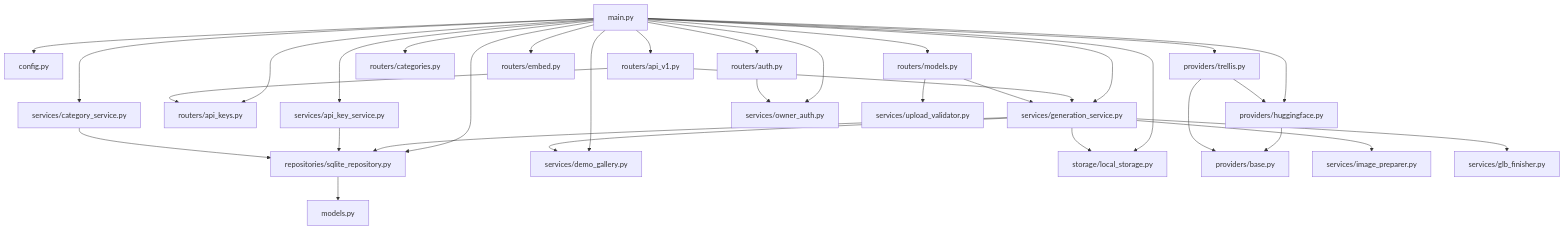
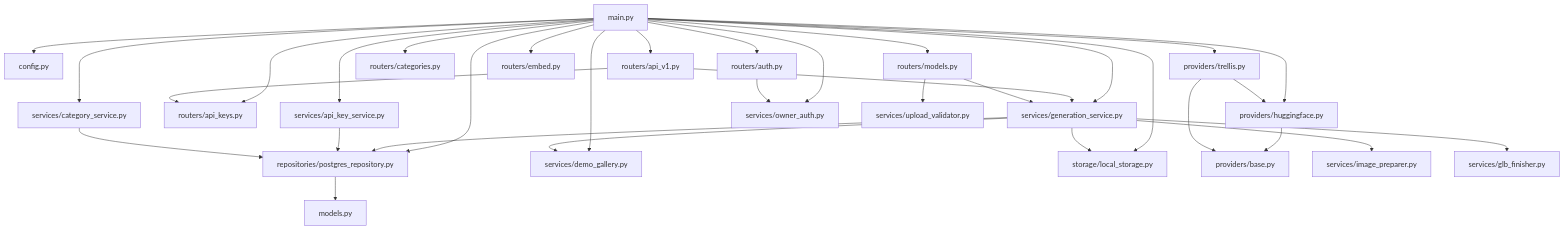
Before and after one commit to Yas-sin-e/forma3d-kit: the fifth of 22 diagrams in docs/COMPRENDRE-FORMA3D.md, drawn with Mermaid. The commit also changed other lines of this file, not shown here.

````diff
--- a/docs/COMPRENDRE-FORMA3D.md
+++ b/docs/COMPRENDRE-FORMA3D.md
@@ -484,35 +488,35 @@
 ```mermaid
 flowchart TD
     main["main.py"] --> config["config.py"]
     main --> hf["providers/huggingface.py"]
     main --> tr["providers/trellis.py"]
-    main --> repo["repositories/sqlite_repository.py"]
+    main --> repo["repositories/postgres_repository.py"]
     main --> rauth["routers/auth.py"]
     main --> rmodels["routers/models.py"]
     main --> rcat["routers/categories.py"]
     main --> rkeys["routers/api_keys.py"]
     main --> rv1["routers/api_v1.py"]
     main --> rembed["routers/embed.py"]
     main --> gen["services/generation_service.py"]
     main --> keys["services/api_key_service.py"]
     main --> cat["services/category_service.py"]
     main --> demo["services/demo_gallery.py"]
     main --> owner["services/owner_auth.py"]
     main --> store["storage/local_storage.py"]
     tr --> hf
     hf --> base["providers/base.py"]
     tr --> base
     rauth --> owner
     rv1 --> rkeys
     rv1 --> gen
     rmodels --> gen
     rmodels --> val["services/upload_validator.py"]
     gen --> prep["services/image_preparer.py"]
     gen --> fin["services/glb_finisher.py"]
     gen --> demo
     gen --> repo
     gen --> store
     keys --> repo
     cat --> repo
     repo --> models["models.py"]
 ```
````
